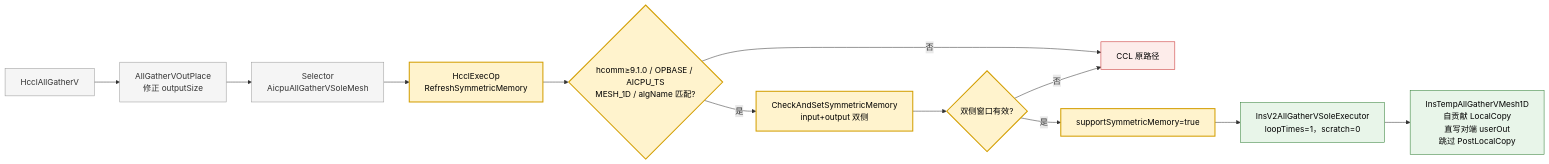
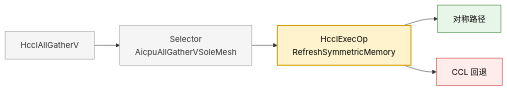
The first of 10 diagrams in design/26RP4/支持allgatherV、reduce算子的零拷贝模式/SRS_SD-AllGatherV与Reduce零拷贝.md (cassielee-tech/my-lib), drawn with Mermaid before and after one commit. The commit also changed other lines of this file, not shown here.

Commit message:
docs: 门禁图改为小图加矩阵表

````diff
--- a/design/26RP4/支持allgatherV、reduce算子的零拷贝模式/SRS_SD-AllGatherV与Reduce零拷贝.md
+++ b/design/26RP4/支持allgatherV、reduce算子的零拷贝模式/SRS_SD-AllGatherV与Reduce零拷贝.md
@@ -80,22 +80,15 @@
 ```mermaid
 flowchart LR
-    A["HcclAllGatherV"] --> B["AllGatherVOutPlace<br/>修正 outputSize"]
-    B --> C["Selector<br/>AicpuAllGatherVSoleMesh"]
-    C --> D["HcclExecOp<br/>RefreshSymmetricMemory"]
-    D --> E{"hcomm≥9.1.0 / OPBASE / AICPU_TS<br/>MESH_1D / algName 匹配?"}
-    E -- 否 --> X["CCL 原路径"]
-    E -- 是 --> F["CheckAndSetSymmetricMemory<br/>input+output 双侧"]
-    F --> G{"双侧窗口有效?"}
-    G -- 否 --> X
-    G -- 是 --> H["supportSymmetricMemory=true"]
-    H --> I["InsV2AllGatherVSoleExecutor<br/>loopTimes=1，scratch=0"]
-    I --> J["InsTempAllGatherVMesh1D<br/>自贡献 LocalCopy<br/>直写对端 userOut<br/>跳过 PostLocalCopy"]
+    A["HcclAllGatherV"] --> B["Selector<br/>AicpuAllGatherVSoleMesh"]
+    B --> C["HcclExecOp<br/>RefreshSymmetricMemory"]
+    C --> D["对称路径"]
+    C --> E["CCL 回退"]
+    classDef existing fill:#f5f5f5,stroke:#999,color:#333;
     classDef changed fill:#fff3cd,stroke:#d39e00,stroke-width:2px,color:#000;
-    classDef existing fill:#f5f5f5,stroke:#999,color:#333;
+    classDef direct fill:#e8f5e9,stroke:#2e7d32,color:#000;
     classDef fallback fill:#fdecea,stroke:#c62828,color:#000;
-    classDef direct fill:#e8f5e9,stroke:#2e7d32,color:#000;
-    class A,B,C existing;
-    class D,E,F,G,H changed;
-    class X fallback;
-    class I,J direct;
+    class A,B existing;
+    class C changed;
+    class D direct;
+    class E fallback;
 ```
````
